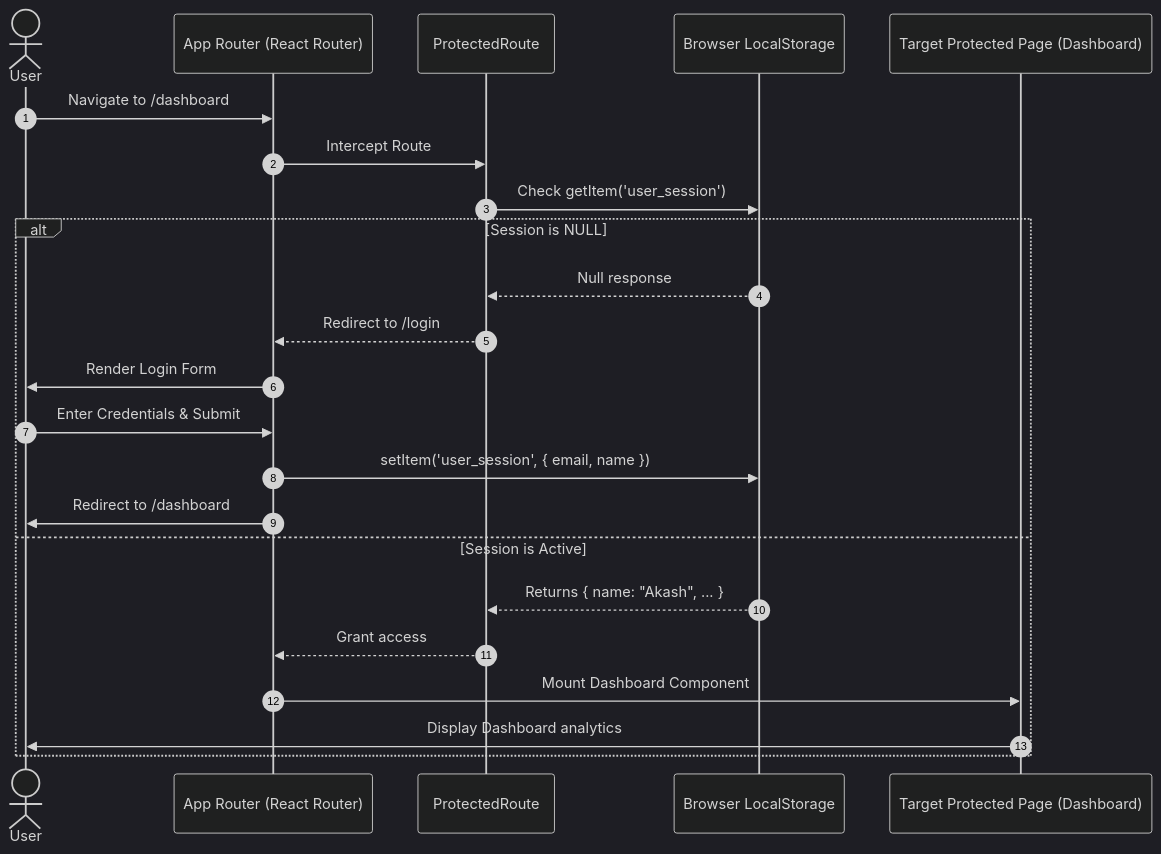
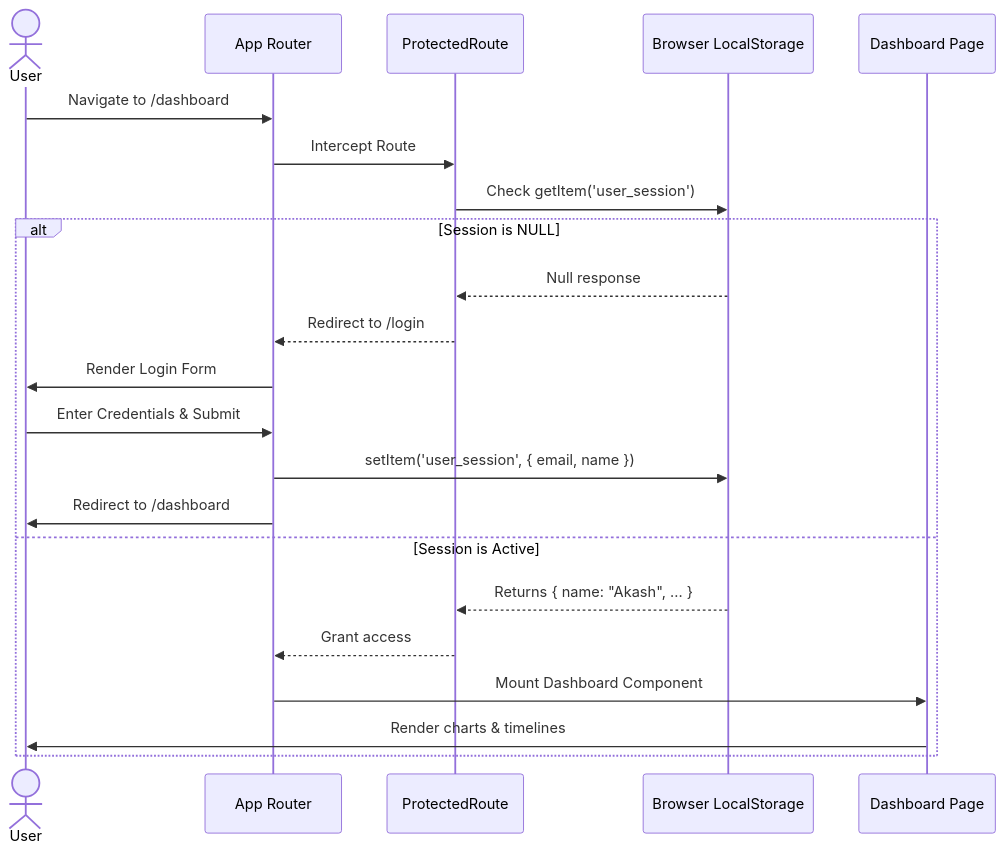
One commit to sharmaakash-198/Career-Compass changed the third of 6 diagrams in frontend/INFRASTRUCTURE.md. Above: the diagram before and after it, drawn with Mermaid. The commit also changed other lines of this file and 8 other files, not shown here.

````diff
--- a/frontend/INFRASTRUCTURE.md
+++ b/frontend/INFRASTRUCTURE.md
@@ -266,27 +115,25 @@
 ```mermaid
-%%{init: {'theme': 'dark'}}%%
 sequenceDiagram
-    autonumber
     actor User
-    participant Router as App Router (React Router)
+    participant Router as App Router
     participant Guard as ProtectedRoute
     participant LS as Browser LocalStorage
-    participant Page as Target Protected Page (Dashboard)
-
+    participant Page as Dashboard Page
+    
     User->>Router: Navigate to /dashboard
     Router->>Guard: Intercept Route
     Guard->>LS: Check getItem('user_session')
     alt Session is NULL
         LS-->>Guard: Null response
         Guard-->>Router: Redirect to /login
         Router->>User: Render Login Form
         User->>Router: Enter Credentials & Submit
         Router->>LS: setItem('user_session', { email, name })
         Router->>User: Redirect to /dashboard
     else Session is Active
         LS-->>Guard: Returns { name: "Akash", ... }
         Guard-->>Router: Grant access
         Router->>Page: Mount Dashboard Component
-        Page->>User: Display Dashboard analytics
+        Page->>User: Render charts & timelines
     end
 ```
````
